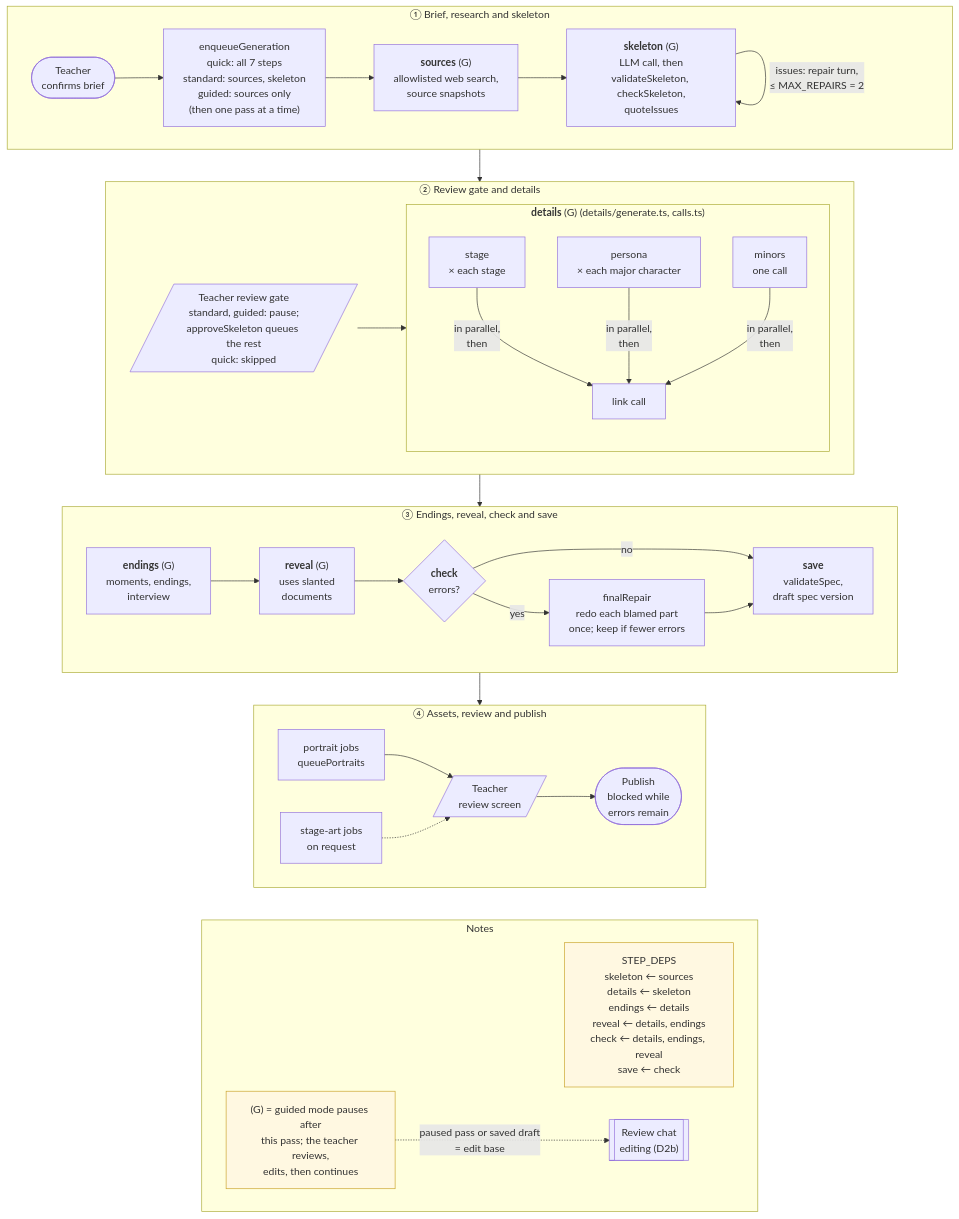
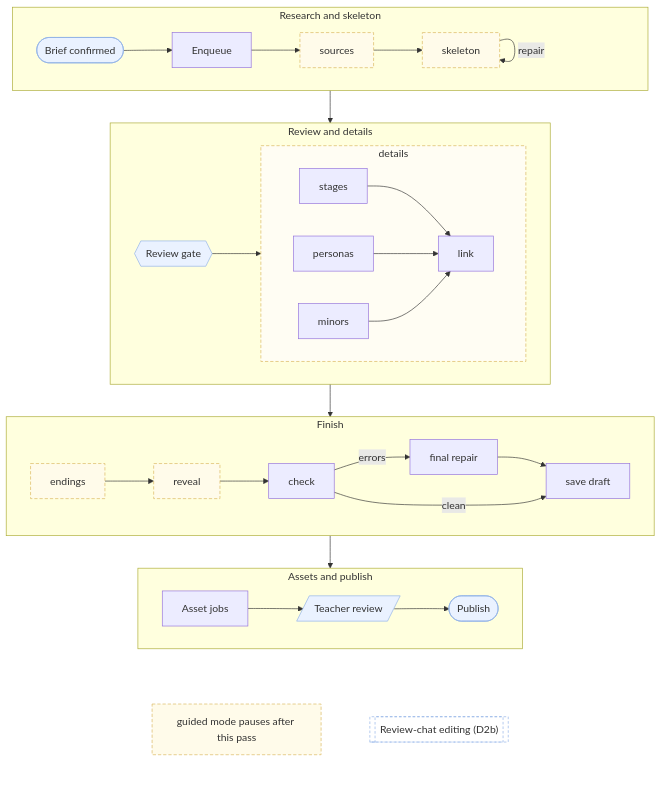
Before and after one commit to damiancxliew/CS3216_Assignment3: the diagram in docs/diagrams/d2-generation-pipeline.mmd, drawn with Mermaid. The commit also changed 20 other files, not shown here.

Commit message:
docs: restyle architecture diagrams, split D2b, move detail into NOTES.md

```diff
--- a/docs/diagrams/d2-generation-pipeline.mmd
+++ b/docs/diagrams/d2-generation-pipeline.mmd
@@ -1,52 +1,48 @@
-%% D2: v3 generation job (apps/web/src/lib/v3/generation/steps.ts + service.ts)
-flowchart TD
-  subgraph R1["① Brief, research and skeleton"]
+%% D2: v3 generation job. Node notes: NOTES.md
+flowchart TB
+  subgraph R1["Research and skeleton"]
     direction LR
-    BRIEF(["Teacher<br/>confirms brief"]) --> ENQ["enqueueGeneration<br/>quick: all 7 steps<br/>standard: sources, skeleton<br/>guided: sources only<br/>(then one pass at a time)"]
-    ENQ --> SRC["<b>sources</b> (G)<br/>allowlisted web search,<br/>source snapshots"]
-    SRC --> SK["<b>skeleton</b> (G)<br/>LLM call, then<br/>validateSkeleton, checkSkeleton,<br/>quoteIssues"]
-    SK -->|"issues: repair turn,<br/>≤ MAX_REPAIRS = 2"| SK
+    BRIEF(["Brief confirmed"]) --> ENQ["Enqueue"] --> SRC["sources"] --> SK["skeleton"]
+    SK -->|repair| SK
   end
 
-  subgraph R2["② Review gate and details"]
+  subgraph R2["Review and details"]
     direction LR
-    GATE[/"Teacher review gate<br/>standard, guided: pause;<br/>approveSkeleton queues the rest<br/>quick: skipped"/]
-    subgraph DET["<b>details</b> (G) (details/generate.ts, calls.ts)"]
-      direction TB
-      ST["stage<br/>× each stage"]
-      PE["persona<br/>× each major character"]
-      MI["minors<br/>one call"]
-      LK["link call"]
-      ST & PE & MI -->|"in parallel,<br/>then"| LK
+    GATE{{"Review gate"}}
+    subgraph DET["details"]
+      direction LR
+      ST["stages"] & PE["personas"] & MI["minors"] --> LK["link"]
     end
     GATE --> DET
   end
 
-  subgraph R3["③ Endings, reveal, check and save"]
+  subgraph R3["Finish"]
     direction LR
-    END["<b>endings</b> (G)<br/>moments, endings,<br/>interview"] --> RV["<b>reveal</b> (G)<br/>uses slanted<br/>documents"]
-    RV --> CHK{"<b>check</b><br/>errors?"}
-    CHK -->|yes| FR["finalRepair<br/>redo each blamed part<br/>once; keep if fewer errors"]
-    CHK -->|no| SAVE
-    FR --> SAVE["<b>save</b><br/>validateSpec,<br/>draft spec version"]
+    END["endings"] --> RV["reveal"] --> CHK["check"]
+    CHK -->|errors| FR["final repair"] --> SAVE
+    CHK -->|clean| SAVE["save draft"]
   end
 
-  subgraph R4["④ Assets, review and publish"]
+  subgraph R4["Assets and publish"]
     direction LR
-    POR["portrait jobs<br/>queuePortraits"] --> REVIEW[/"Teacher<br/>review screen"/]
-    ART["stage-art jobs<br/>on request"] -.-> REVIEW
-    REVIEW --> PUB(["Publish<br/>blocked while<br/>errors remain"])
-  end
-
-  subgraph R5["Notes"]
-    direction LR
-    DEPS["STEP_DEPS<br/>skeleton ← sources<br/>details ← skeleton<br/>endings ← details<br/>reveal ← details, endings<br/>check ← details, endings, reveal<br/>save ← check"]
-    PAUSE["(G) = guided mode pauses after<br/>this pass; the teacher reviews,<br/>edits, then continues"]
-    PAUSE -.->|"paused pass or saved draft<br/>= edit base"| D2B[["Review chat<br/>editing (D2b)"]]
+    ASSETS["Asset jobs"] --> REV[/"Teacher review"/] --> PUB(["Publish"])
   end
 
   R1 --> R2 --> R3 --> R4
-  R4 ~~~ R5
 
-  classDef note fill:#fff8e1,stroke:#c9a227,color:#333
-  class DEPS,PAUSE note
+  subgraph KEY[" "]
+    direction LR
+    K1["guided mode pauses after this pass"]
+    D2B[["Review-chat editing (D2b)"]]
+    K1 ~~~ D2B
+  end
+  R4 ~~~ KEY
+
+  classDef actor fill:#eaf2ff,stroke:#8fb0e6
+  classDef xref fill:#ffffff,stroke:#8fb0e6,stroke-dasharray:4 3
+  class BRIEF,GATE,REV,PUB actor
+  classDef guided fill:#fffbea,stroke:#d9b55a,stroke-dasharray:5 3
+  class SRC,SK,END,RV,K1 guided
+  style DET fill:#fffdf3,stroke:#d9b55a,stroke-dasharray:5 3
+  class D2B xref
+  style KEY fill:#ffffff,stroke:#ffffff
```
